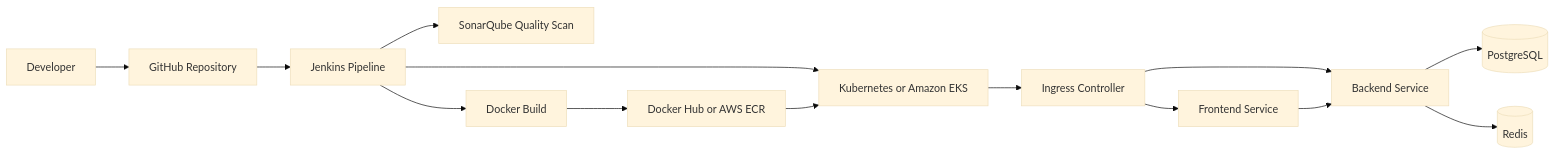
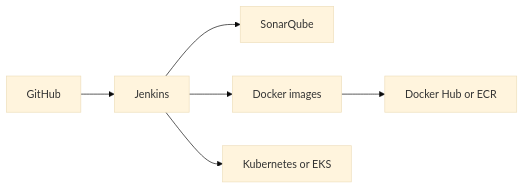
One commit to AjayKumar9375/Dockerized_Microservices changed the second of 2 diagrams in README.md. Above: the diagram before and after it, drawn with Mermaid (base theme). The commit also changed other lines of this file and 5 other files, not shown here.

````diff
--- a/README.md
+++ b/README.md
@@ -35,16 +26,8 @@
 ```mermaid
 flowchart LR
-    developer[Developer] --> github[GitHub Repository]
-    github --> jenkins[Jenkins Pipeline]
-    jenkins --> sonar[SonarQube Quality Scan]
-    jenkins --> docker[Docker Build]
-    docker --> registry[Docker Hub or AWS ECR]
-    jenkins --> eks[Kubernetes or Amazon EKS]
-    registry --> eks
-    eks --> ingress[Ingress Controller]
-    ingress --> frontend[Frontend Service]
-    ingress --> backend[Backend Service]
-    frontend --> backend
-    backend --> postgres[(PostgreSQL)]
-    backend --> redis[(Redis)]
+    github[GitHub] --> jenkins[Jenkins]
+    jenkins --> sonar[SonarQube]
+    jenkins --> docker[Docker images]
+    docker --> registry[Docker Hub or ECR]
+    jenkins --> k8s[Kubernetes or EKS]
 ```
````
